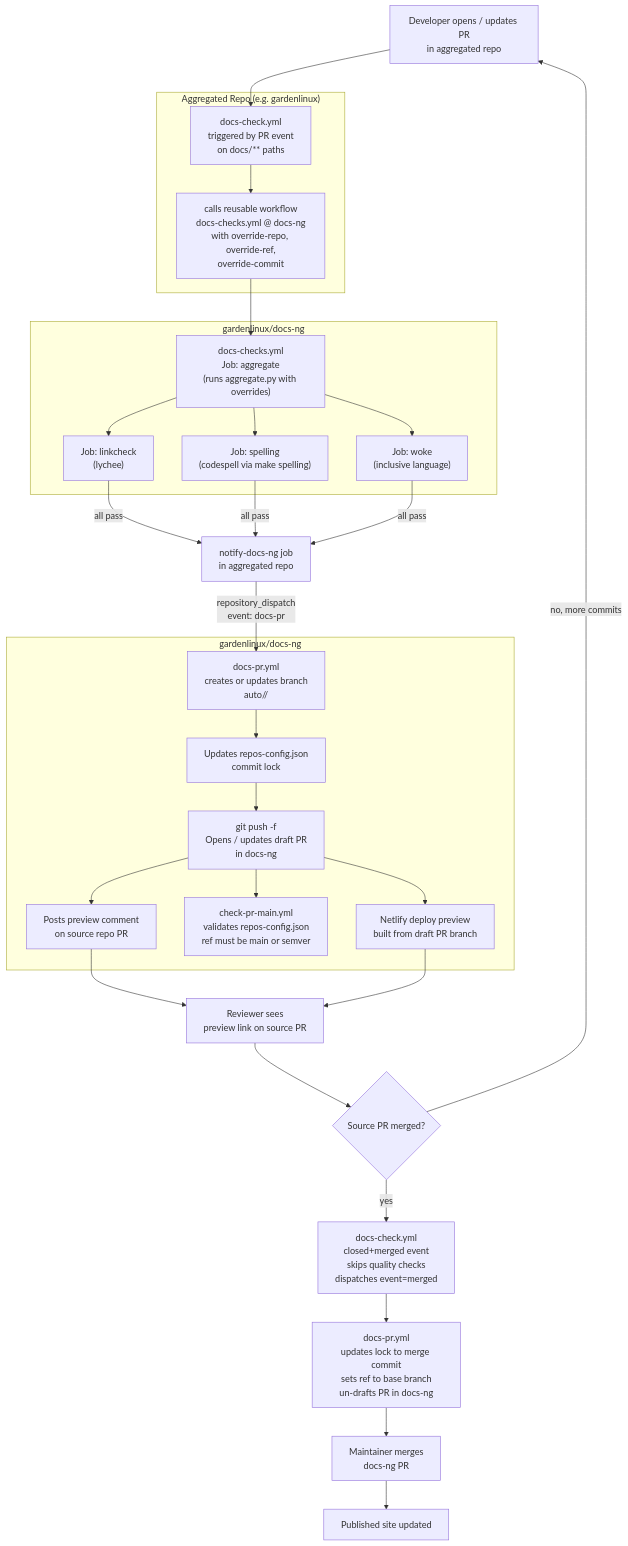
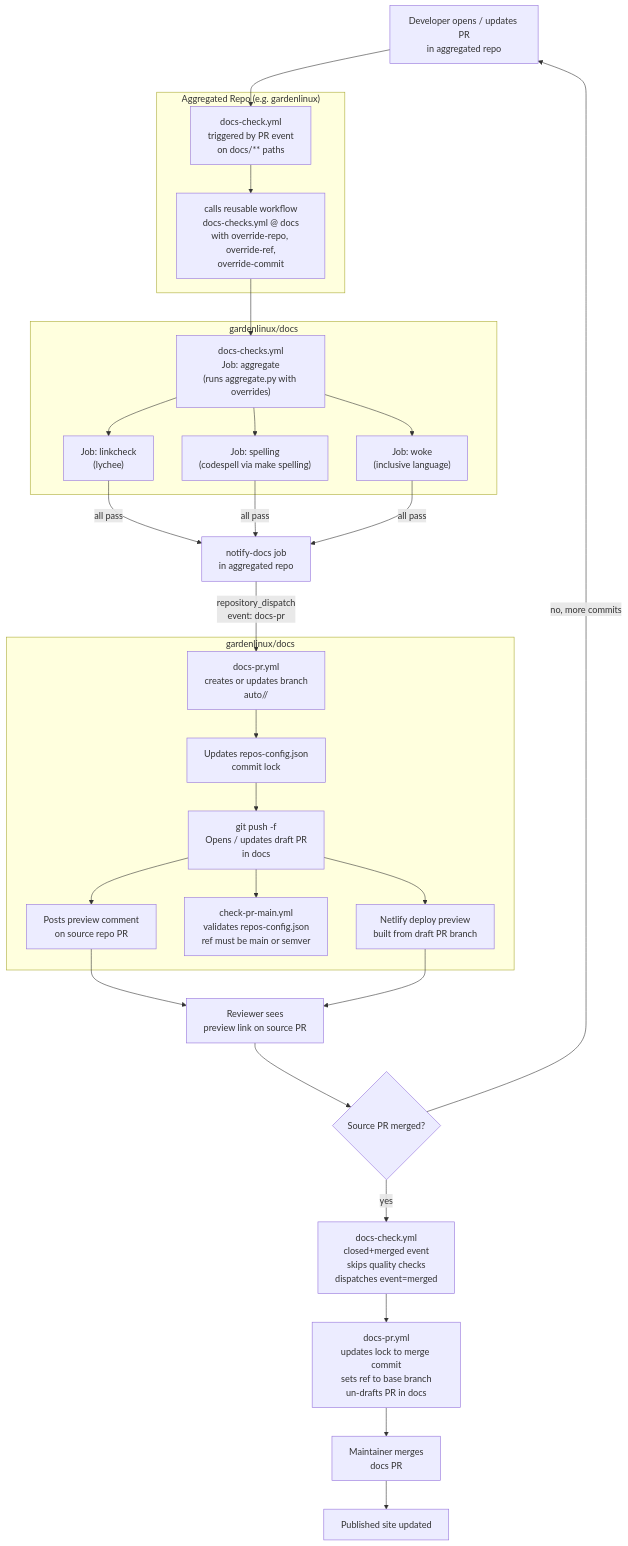
One commit to gardenlinux/docs-ng changed the first of 3 diagrams in docs/contributing/documentation/ci-architecture.md. Above: the diagram before and after it, drawn with Mermaid. The commit also changed other lines of this file and 17 other files, not shown here.

````diff
--- a/docs/contributing/documentation/ci-architecture.md
+++ b/docs/contributing/documentation/ci-architecture.md
@@ -87,45 +87,45 @@
 ```mermaid
 flowchart TD
     A[Developer opens / updates PR\nin aggregated repo] --> B
 
     subgraph source["Aggregated Repo (e.g. gardenlinux)"]
         B["docs-check.yml\ntriggered by PR event\non docs/** paths"]
-        B --> C["calls reusable workflow\ndocs-checks.yml @ docs-ng\nwith override-repo, override-ref,\noverride-commit"]
+        B --> C["calls reusable workflow\ndocs-checks.yml @ docs\nwith override-repo, override-ref,\noverride-commit"]
     end
 
-    subgraph docsng["gardenlinux/docs-ng"]
+    subgraph docsng["gardenlinux/docs"]
         C --> D["docs-checks.yml\nJob: aggregate\n(runs aggregate.py with overrides)"]
         D --> E["Job: linkcheck\n(lychee)"]
         D --> F["Job: spelling\n(codespell via make spelling)"]
         D --> G["Job: woke\n(inclusive language)"]
     end
 
-    E & F & G -->|all pass| H["notify-docs-ng job\nin aggregated repo"]
+    E & F & G -->|all pass| H["notify-docs job\nin aggregated repo"]
     H -->|repository_dispatch\nevent: docs-pr| I
 
-    subgraph docsng2["gardenlinux/docs-ng"]
+    subgraph docsng2["gardenlinux/docs"]
         I["docs-pr.yml\ncreates or updates branch\nauto/<repo>/<pr-number>"]
         I --> J["Updates repos-config.json\ncommit lock"]
-        J --> K["git push -f\nOpens / updates draft PR\nin docs-ng"]
+        J --> K["git push -f\nOpens / updates draft PR\nin docs"]
         K --> L["Posts preview comment\non source repo PR"]
         K --> M["check-pr-main.yml\nvalidates repos-config.json\nref must be main or semver"]
         K --> N["Netlify deploy preview\nbuilt from draft PR branch"]
     end
 
     L --> O[Reviewer sees\npreview link on source PR]
     N --> O
 
     O --> P{Source PR merged?}
     P -->|yes| Q["docs-check.yml\nclosed+merged event\nskips quality checks\ndispatches event=merged"]
-    Q --> R["docs-pr.yml\nupdates lock to merge commit\nsets ref to base branch\nun-drafts PR in docs-ng"]
-    R --> S[Maintainer merges\ndocs-ng PR]
+    Q --> R["docs-pr.yml\nupdates lock to merge commit\nsets ref to base branch\nun-drafts PR in docs"]
+    R --> S[Maintainer merges\ndocs PR]
     S --> T[Published site updated]
 
     P -->|no, more commits| A
 
     class A,S input
     class B,C,D,E,F,G,H,I,J,K,Q,R process
     class P decision
     class L,M,N,O process
     class T output
 ```
````
